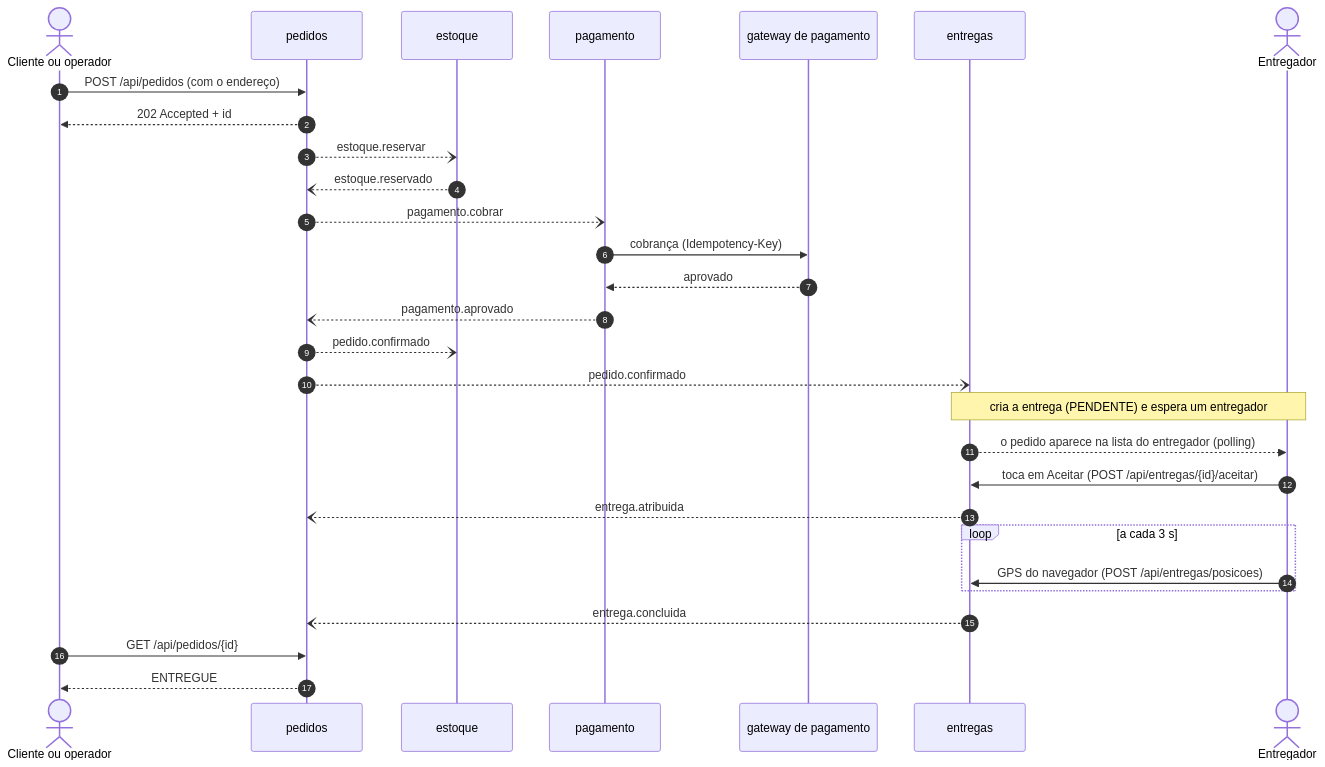
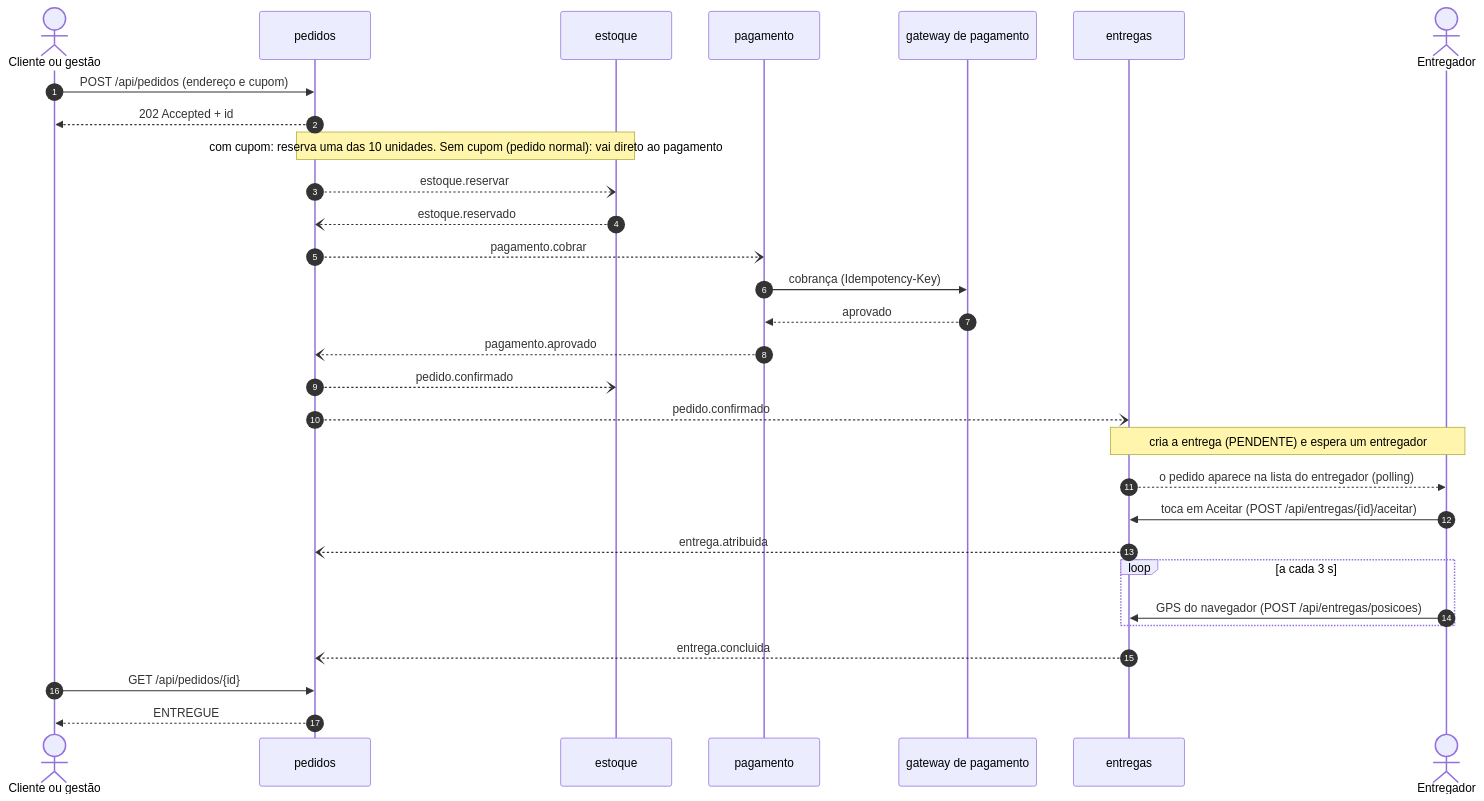
Before and after one commit to yurirrabelo/5bitsdelivery: the first of 3 diagrams in docs/ESPECIFICACAO.md, drawn with Mermaid. The commit also changed other lines of this file and 41 other files, not shown here.

````diff
--- a/docs/ESPECIFICACAO.md
+++ b/docs/ESPECIFICACAO.md
@@ -49,31 +51,32 @@
 ```mermaid
 sequenceDiagram
     autonumber
-    actor C as Cliente ou operador
+    actor C as Cliente ou gestão
     participant P as pedidos
     participant E as estoque
     participant PG as pagamento
     participant GW as gateway de pagamento
     participant ENT as entregas
     actor M as Entregador
-    C->>P: POST /api/pedidos (com o endereço)
+    C->>P: POST /api/pedidos (endereço e cupom)
     P-->>C: 202 Accepted + id
+    Note over P,E: com cupom: reserva uma das 10 unidades. Sem cupom (pedido normal): vai direto ao pagamento
     P--)E: estoque.reservar
     E--)P: estoque.reservado
     P--)PG: pagamento.cobrar
     PG->>GW: cobrança (Idempotency-Key)
     GW-->>PG: aprovado
     PG--)P: pagamento.aprovado
     P--)E: pedido.confirmado
     P--)ENT: pedido.confirmado
     Note over ENT,M: cria a entrega (PENDENTE) e espera um entregador
     ENT-->>M: o pedido aparece na lista do entregador (polling)
     M->>ENT: toca em Aceitar (POST /api/entregas/{id}/aceitar)
     ENT--)P: entrega.atribuida
     loop a cada 3 s
         M->>ENT: GPS do navegador (POST /api/entregas/posicoes)
     end
     ENT--)P: entrega.concluida
     C->>P: GET /api/pedidos/{id}
     P-->>C: ENTREGUE
 ```
````
